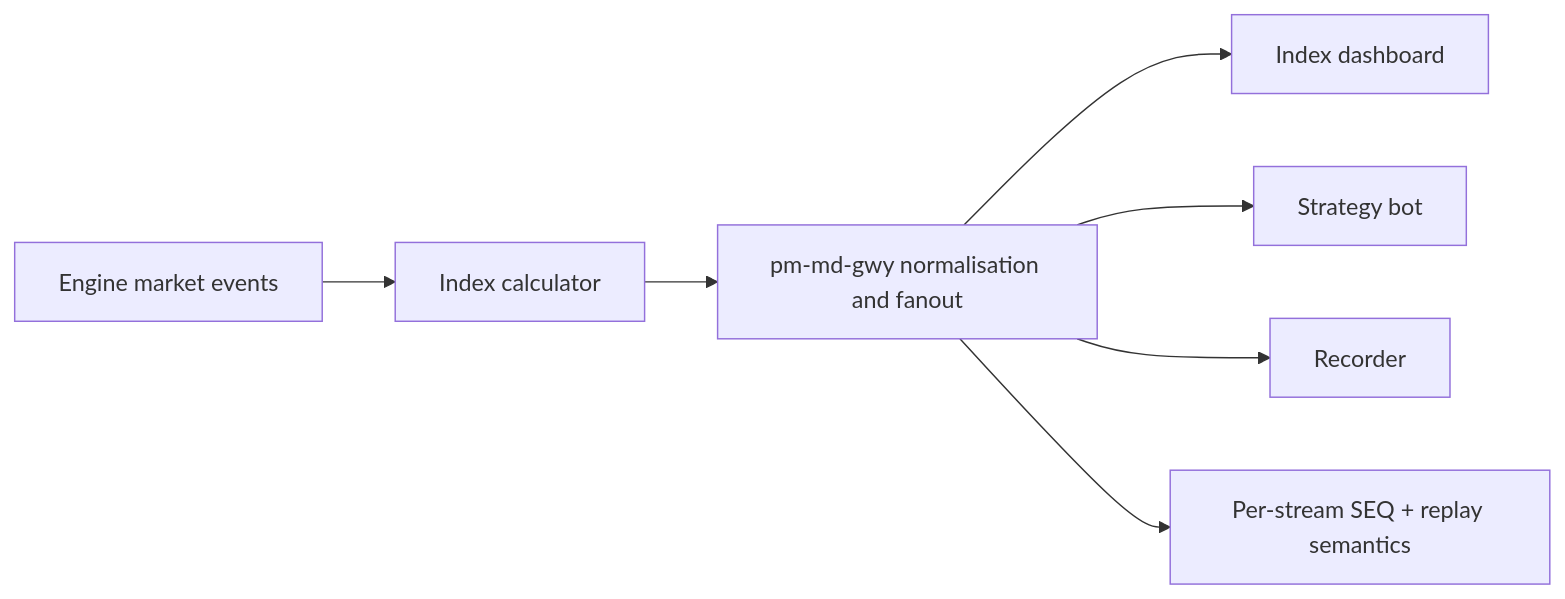
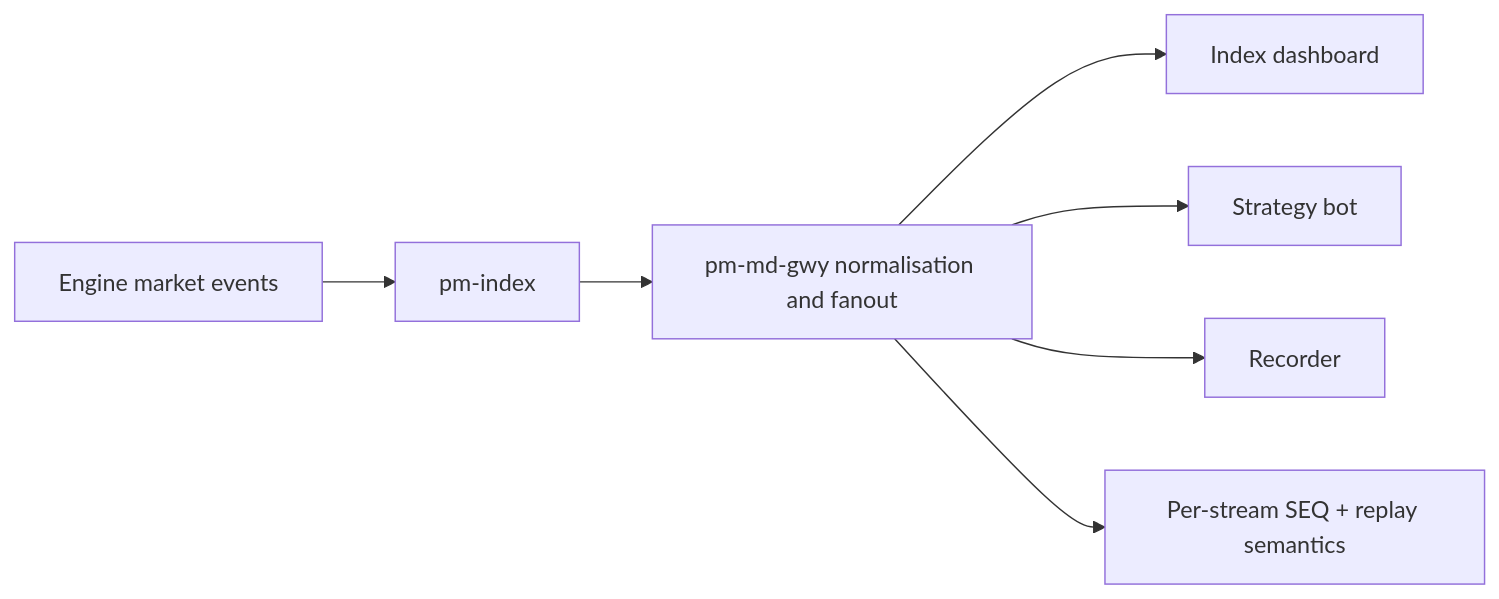
Before and after one commit to johan162/EduMatcher: the sixth of 6 diagrams in docs/books/protocols-and-clients/part-3-session-behaviour/030-calf-market-data-feed.md, drawn with Mermaid. The commit also changed other lines of this file and 18 other files, not shown here.

````diff
--- a/docs/books/protocols-and-clients/part-3-session-behaviour/030-calf-market-data-feed.md
+++ b/docs/books/protocols-and-clients/part-3-session-behaviour/030-calf-market-data-feed.md
@@ -266,10 +261,10 @@
 ```mermaid
 flowchart LR
-    E[Engine market events] --> X[Index calculator]
+    E[Engine market events] --> X[pm-index]
     X --> G[pm-md-gwy normalisation and fanout]
     G --> C1[Index dashboard]
     G --> C2[Strategy bot]
     G --> C3[Recorder]
 
     G --> S[Per-stream SEQ + replay semantics]
 ```
````
